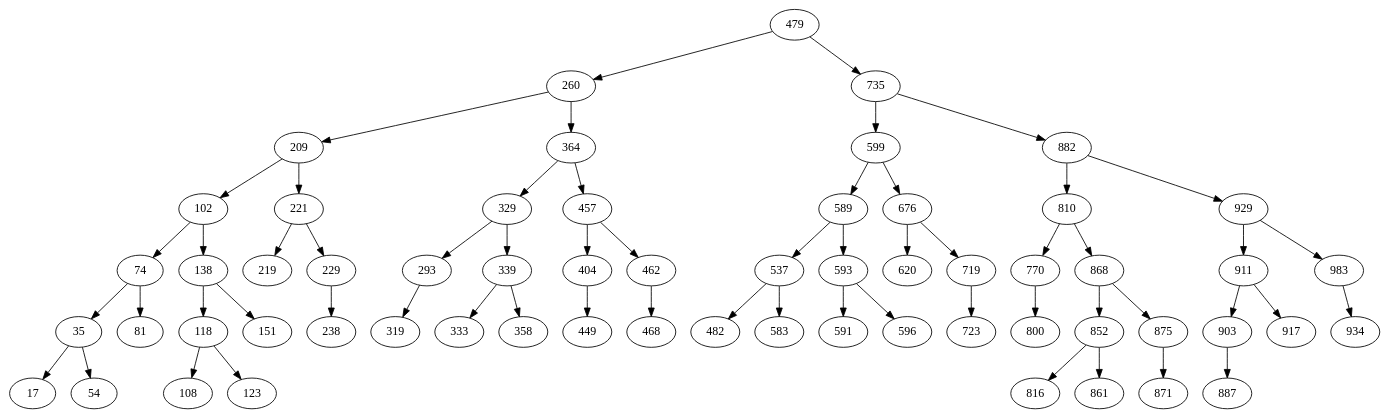
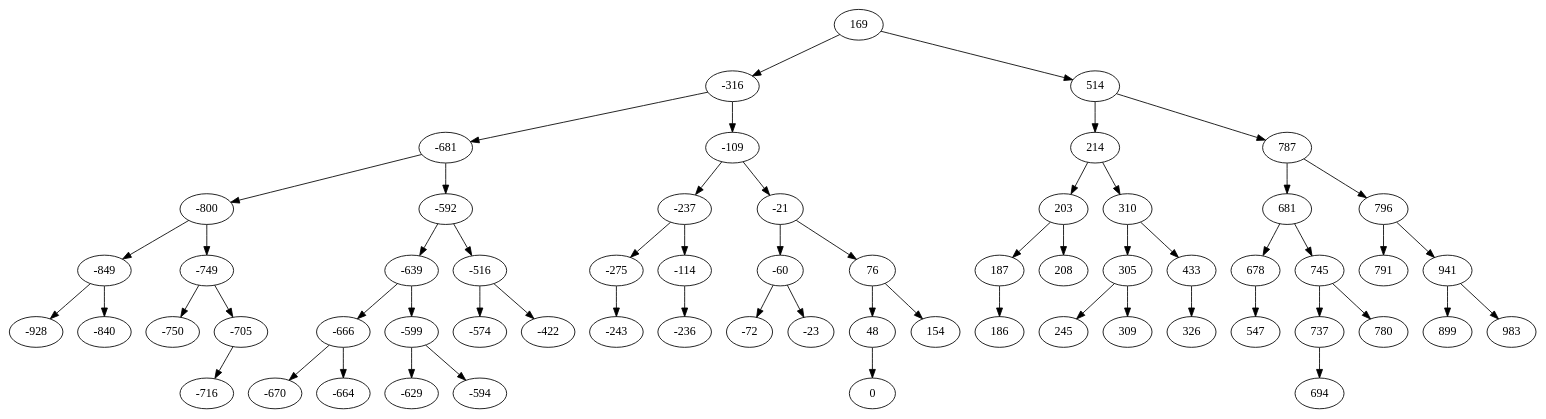
One commit to tinyynoob/mixed changed the diagram in cpp/outGraph.dot. Above: the diagram before and after it, drawn with Graphviz. The commit also changed 2 other files, not shown here.

```diff
--- a/cpp/outGraph.dot
+++ b/cpp/outGraph.dot
@@ -1,62 +1,63 @@
 digraph AVL_tree {
-	479 -> {260 735};
-	260 -> {209 364};
-	209 -> {102 221};
-	102 -> {74 138};
-	74 -> {35 81};
-	35 -> {17 54};
-	17 -> {};
-	54 -> {};
-	81 -> {};
-	138 -> {118 151};
-	118 -> {108 123};
-	108 -> {};
-	123 -> {};
-	151 -> {};
-	221 -> {219 229};
-	219 -> {};
-	229 -> {238};
-	238 -> {};
-	364 -> {329 457};
-	329 -> {293 339};
-	293 -> {319};
-	319 -> {};
-	339 -> {333 358};
-	333 -> {};
-	358 -> {};
-	457 -> {404 462};
-	404 -> {449};
-	449 -> {};
-	462 -> {468};
-	468 -> {};
-	735 -> {599 882};
-	599 -> {589 676};
-	589 -> {537 593};
-	537 -> {482 583};
-	482 -> {};
-	583 -> {};
-	593 -> {591 596};
-	591 -> {};
-	596 -> {};
-	676 -> {620 719};
-	620 -> {};
-	719 -> {723};
-	723 -> {};
-	882 -> {810 929};
-	810 -> {770 868};
-	770 -> {800};
-	800 -> {};
-	868 -> {852 875};
-	852 -> {816 861};
-	816 -> {};
-	861 -> {};
-	875 -> {871 };
-	871 -> {};
-	929 -> {911 983};
-	911 -> {903 917};
-	903 -> {887 };
-	887 -> {};
-	917 -> {};
-	983 -> {934 };
-	934 -> {};
+	169 -> {-316 514};
+	-316 -> {-681 -109};
+	-681 -> {-800 -592};
+	-800 -> {-849 -749};
+	-849 -> {-928 -840};
+	-928 -> {};
+	-840 -> {};
+	-749 -> {-750 -705};
+	-750 -> {};
+	-705 -> {-716 };
+	-716 -> {};
+	-592 -> {-639 -516};
+	-639 -> {-666 -599};
+	-666 -> {-670 -664};
+	-670 -> {};
+	-664 -> {};
+	-599 -> {-629 -594};
+	-629 -> {};
+	-594 -> {};
+	-516 -> {-574 -422};
+	-574 -> {};
+	-422 -> {};
+	-109 -> {-237 -21};
+	-237 -> {-275 -114};
+	-275 -> {-243};
+	-243 -> {};
+	-114 -> {-236 };
+	-236 -> {};
+	-21 -> {-60 76};
+	-60 -> {-72 -23};
+	-72 -> {};
+	-23 -> {};
+	76 -> {48 154};
+	48 -> {0 };
+	0 -> {};
+	154 -> {};
+	514 -> {214 787};
+	214 -> {203 310};
+	203 -> {187 208};
+	187 -> {186 };
+	186 -> {};
+	208 -> {};
+	310 -> {305 433};
+	305 -> {245 309};
+	245 -> {};
+	309 -> {};
+	433 -> {326 };
+	326 -> {};
+	787 -> {681 796};
+	681 -> {678 745};
+	678 -> {547 };
+	547 -> {};
+	745 -> {737 780};
+	737 -> {694 };
+	694 -> {};
+	780 -> {};
+	796 -> {791 941};
+	791 -> {};
+	941 -> {899 983};
+	899 -> {};
+	983 -> {};
 }
```
